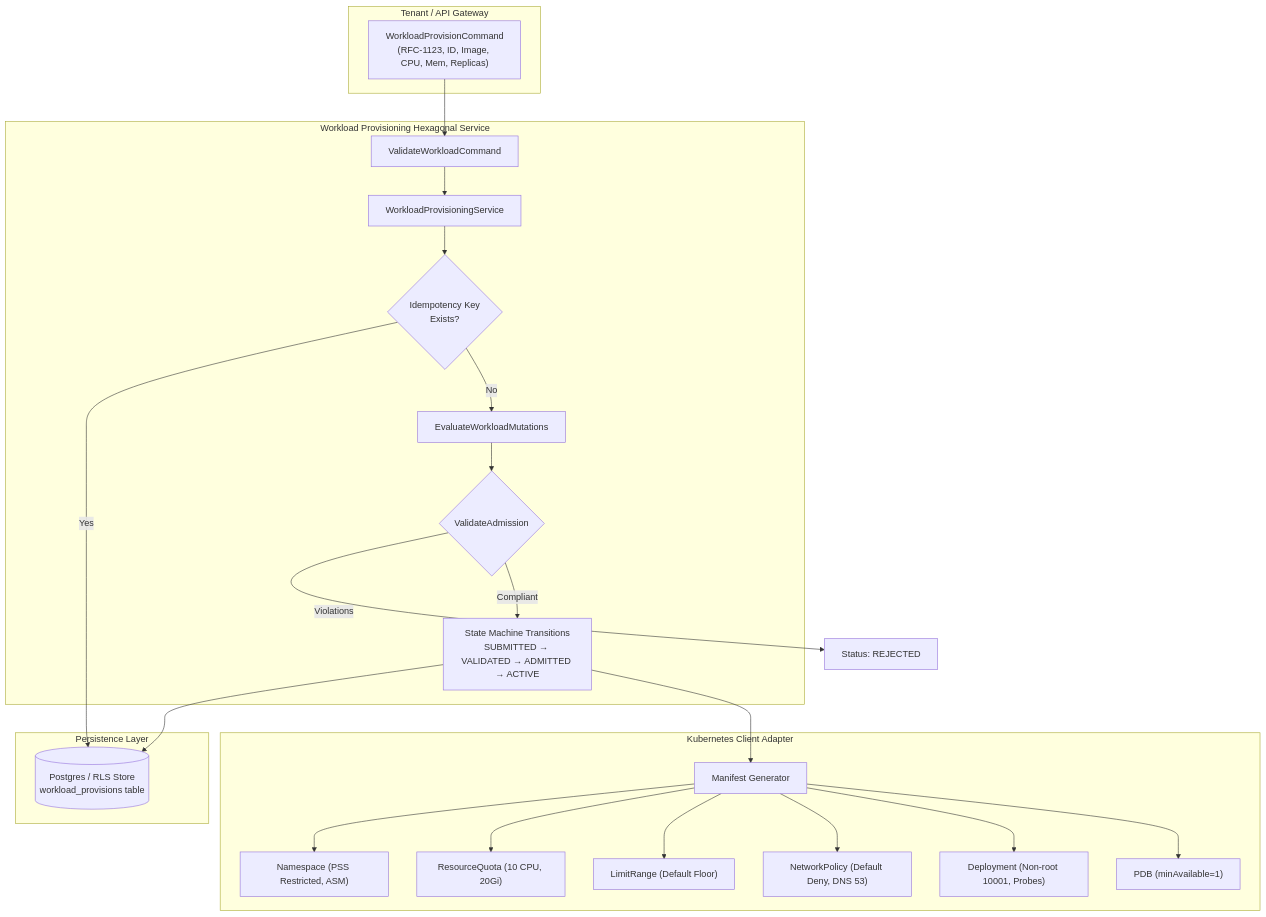
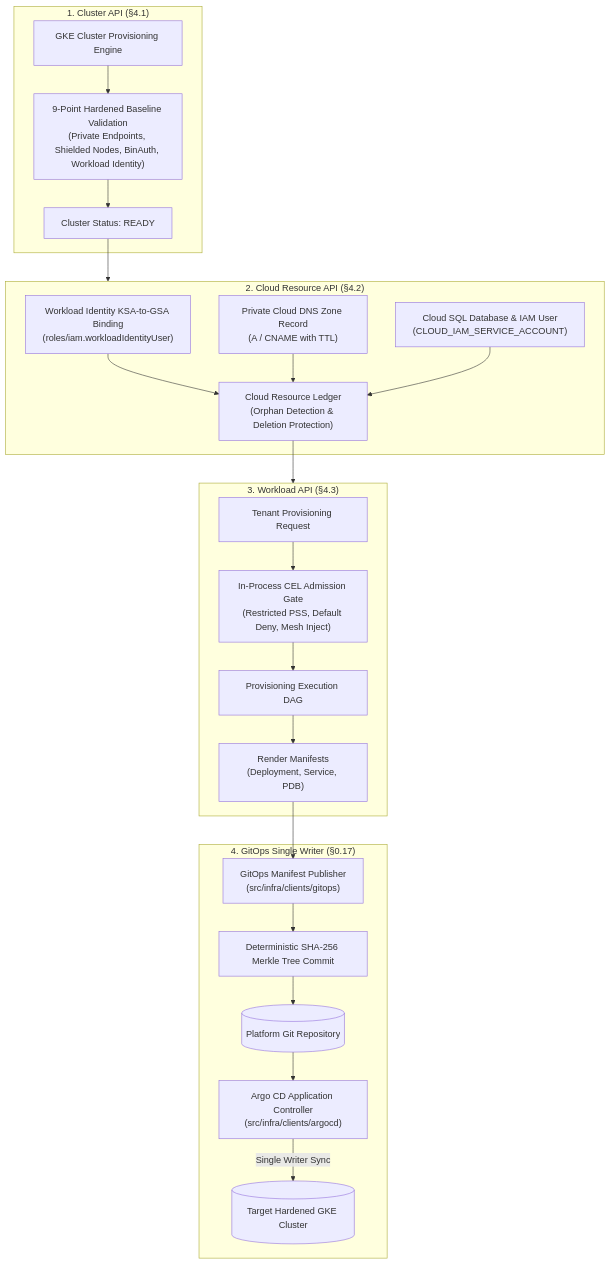
The first of 3 diagrams in docs/features/kubernetes-workload-provisioning/diagrams.md (Chief-Strategist-J/internal-developer-platform), drawn with Mermaid before and after one commit. The commit also changed other lines of this file and 6 other files, not shown here.

Commit message:
docs(diagrams): add runtime execution ascii trees, mermaid flows, and sequence diagrams

````diff
--- a/docs/features/kubernetes-workload-provisioning/diagrams.md
+++ b/docs/features/kubernetes-workload-provisioning/diagrams.md
@@ -9,46 +101,47 @@
 ```mermaid
 flowchart TD
-    subgraph Client["Tenant / API Gateway"]
-        CMD["WorkloadProvisionCommand<br/>(RFC-1123, ID, Image, CPU, Mem, Replicas)"]
+    subgraph Tier1["1. Cluster API (§4.1)"]
+        GKE["GKE Cluster Provisioning Engine"]
+        POSTURE["9-Point Hardened Baseline Validation<br/>(Private Endpoints, Shielded Nodes, BinAuth, Workload Identity)"]
+        GKE_READY["Cluster Status: READY"]
+        GKE --> POSTURE
+        POSTURE --> GKE_READY
     end
 
-    subgraph ServiceLayer["Workload Provisioning Hexagonal Service"]
-        SVC["WorkloadProvisioningService"]
-        VAL["ValidateWorkloadCommand"]
-        IDEMP{"Idempotency Key<br/>Exists?"}
-        MUT["EvaluateWorkloadMutations"]
-        ADM{"ValidateAdmission"}
-        FSM["State Machine Transitions<br/>SUBMITTED → VALIDATED → ADMITTED → ACTIVE"]
+    subgraph Tier2["2. Cloud Resource API (§4.2)"]
+        WI["Workload Identity KSA-to-GSA Binding<br/>(roles/iam.workloadIdentityUser)"]
+        DNS["Private Cloud DNS Zone Record<br/>(A / CNAME with TTL)"]
+        SQL["Cloud SQL Database & IAM User<br/>(CLOUD_IAM_SERVICE_ACCOUNT)"]
+        LEDGER["Cloud Resource Ledger<br/>(Orphan Detection & Deletion Protection)"]
+        WI --> LEDGER
+        DNS --> LEDGER
+        SQL --> LEDGER
     end
 
-    subgraph Storage["Persistence Layer"]
-        PG[("Postgres / RLS Store<br/>workload_provisions table")]
+    subgraph Tier3["3. Workload API (§4.3)"]
+        CMD["Tenant Provisioning Request"]
+        CEL["In-Process CEL Admission Gate<br/>(Restricted PSS, Default Deny, Mesh Inject)"]
+        DAG["Provisioning Execution DAG"]
+        K8S_SPEC["Render Manifests<br/>(Deployment, Service, PDB)"]
+        CMD --> CEL
+        CEL --> DAG
+        DAG --> K8S_SPEC
     end
 
-    subgraph K8sAdapter["Kubernetes Client Adapter"]
-        GEN["Manifest Generator"]
-        NS["Namespace (PSS Restricted, ASM)"]
-        RQ["ResourceQuota (10 CPU, 20Gi)"]
-        LR["LimitRange (Default Floor)"]
-        NP["NetworkPolicy (Default Deny, DNS 53)"]
-        DEP["Deployment (Non-root 10001, Probes)"]
-        PDB["PDB (minAvailable=1)"]
+    subgraph Tier4["4. GitOps Single Writer (§0.17)"]
+        GITOPS["GitOps Manifest Publisher<br/>(src/infra/clients/gitops)"]
+        MERKLE["Deterministic SHA-256 Merkle Tree Commit"]
+        REPO[("Platform Git Repository")]
+        ARGO["Argo CD Application Controller<br/>(src/infra/clients/argocd)"]
+        CLUSTER[("Target Hardened GKE Cluster")]
+        
+        GITOPS --> MERKLE
+        MERKLE --> REPO
+        REPO --> ARGO
+        ARGO -- "Single Writer Sync" --> CLUSTER
     end
 
-    CMD --> VAL
-    VAL --> SVC
-    SVC --> IDEMP
-    IDEMP -- "Yes" --> PG
-    IDEMP -- "No" --> MUT
-    MUT --> ADM
-    ADM -- "Violations" --> REJ["Status: REJECTED"]
-    ADM -- "Compliant" --> FSM
-    FSM --> PG
-    FSM --> GEN
-    GEN --> NS
-    GEN --> RQ
-    GEN --> LR
-    GEN --> NP
-    GEN --> DEP
-    GEN --> PDB
+    GKE_READY --> Tier2
+    LEDGER --> Tier3
+    K8S_SPEC --> GITOPS
 ```
````
